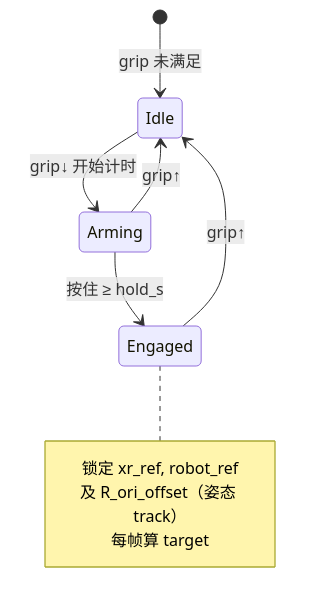
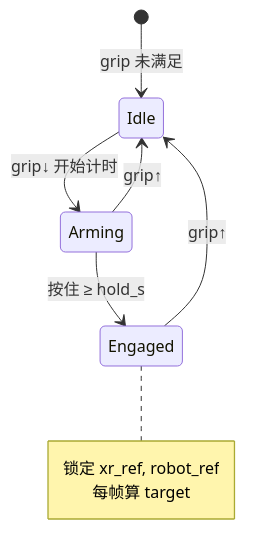
One commit to XiaoJichun/teleop_birth changed the fourth of 7 diagrams in doc/遥操作全链路详解.md. Above: the diagram before and after it, drawn with Mermaid. The commit also changed other lines of this file and 351 other files, not shown here.

````diff
--- a/doc/遥操作全链路详解.md
+++ b/doc/遥操作全链路详解.md
@@ -219,13 +326,12 @@
 ```mermaid
 stateDiagram-v2
   [*] --> Idle: grip 未满足
   Idle --> Arming: grip↓ 开始计时
   Arming --> Idle: grip↑
   Arming --> Engaged: 按住 ≥ hold_s
   Engaged --> Idle: grip↑
   note right of Engaged
     锁定 xr_ref, robot_ref
-    及 R_ori_offset（姿态 track）
     每帧算 target
   end note
 ```
````
